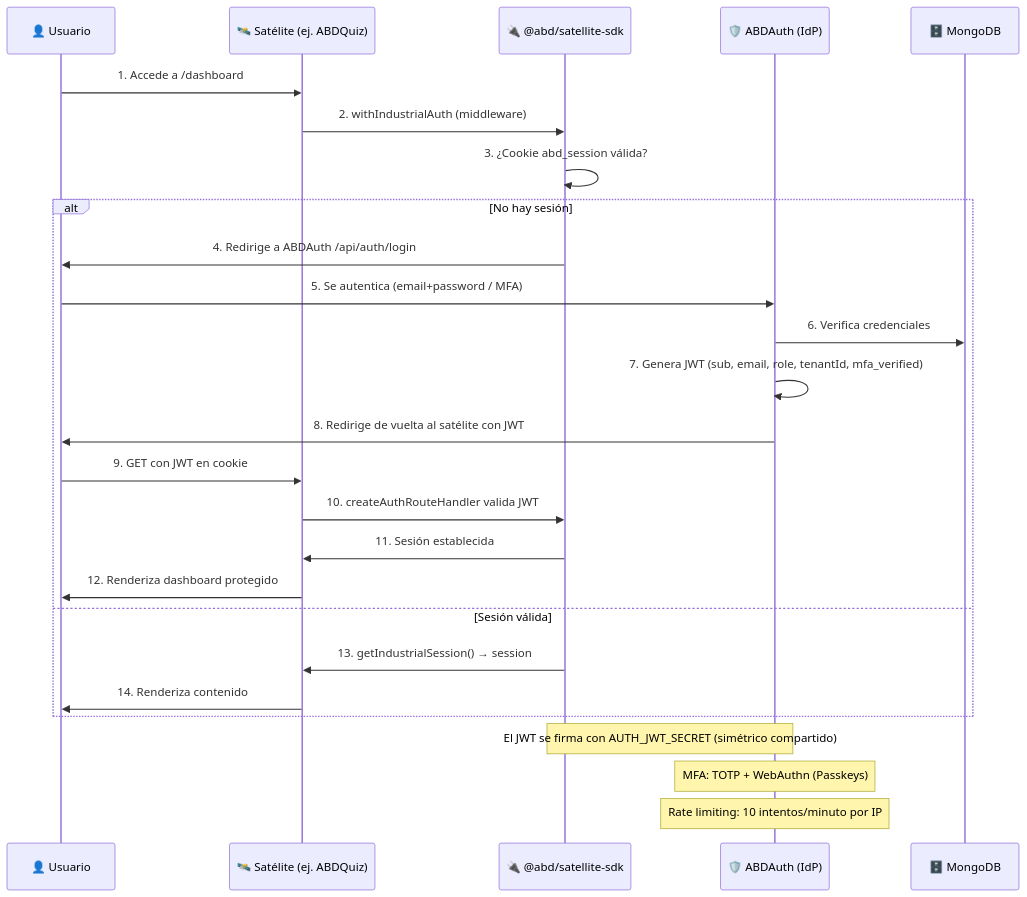
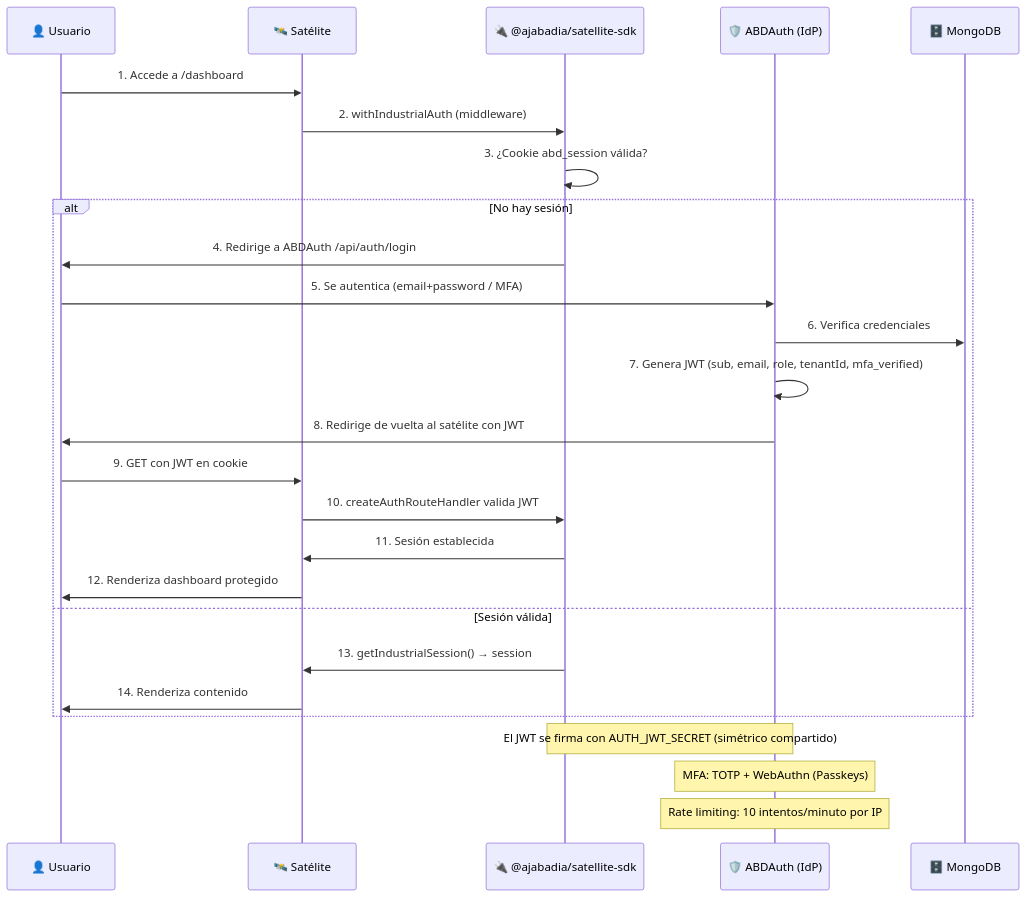
Before and after one commit to ajabadia/ABDSuite: the third of 8 diagrams in ARCHITECTURE.md, drawn with Mermaid. The commit also changed other lines of this file and 8 other files, not shown here.

````diff
--- a/ARCHITECTURE.md
+++ b/ARCHITECTURE.md
@@ -162,30 +208,30 @@
 ```mermaid
 sequenceDiagram
     participant User as 👤 Usuario
-    participant Satellite as 🛰️ Satélite (ej. ABDQuiz)
-    participant SDK as 🔌 @abd/satellite-sdk
+    participant Satellite as 🛰️ Satélite
+    participant SDK as 🔌 @ajabadia/satellite-sdk
     participant ABDAuth as 🛡️ ABDAuth (IdP)
     participant Mongo as 🗄️ MongoDB
 
     User->>Satellite: 1. Accede a /dashboard
     Satellite->>SDK: 2. withIndustrialAuth (middleware)
     SDK->>SDK: 3. ¿Cookie abd_session válida?
     alt No hay sesión
         SDK->>User: 4. Redirige a ABDAuth /api/auth/login
         User->>ABDAuth: 5. Se autentica (email+password / MFA)
         ABDAuth->>Mongo: 6. Verifica credenciales
         ABDAuth->>ABDAuth: 7. Genera JWT (sub, email, role, tenantId, mfa_verified)
         ABDAuth->>User: 8. Redirige de vuelta al satélite con JWT
         User->>Satellite: 9. GET con JWT en cookie
         Satellite->>SDK: 10. createAuthRouteHandler valida JWT
         SDK->>Satellite: 11. Sesión establecida
         Satellite->>User: 12. Renderiza dashboard protegido
     else Sesión válida
         SDK->>Satellite: 13. getIndustrialSession() → session
         Satellite->>User: 14. Renderiza contenido
     end
 
     Note over SDK,ABDAuth: El JWT se firma con AUTH_JWT_SECRET (simétrico compartido)
     Note over ABDAuth: MFA: TOTP + WebAuthn (Passkeys)
     Note over ABDAuth: Rate limiting: 10 intentos/minuto por IP
 ```
````
